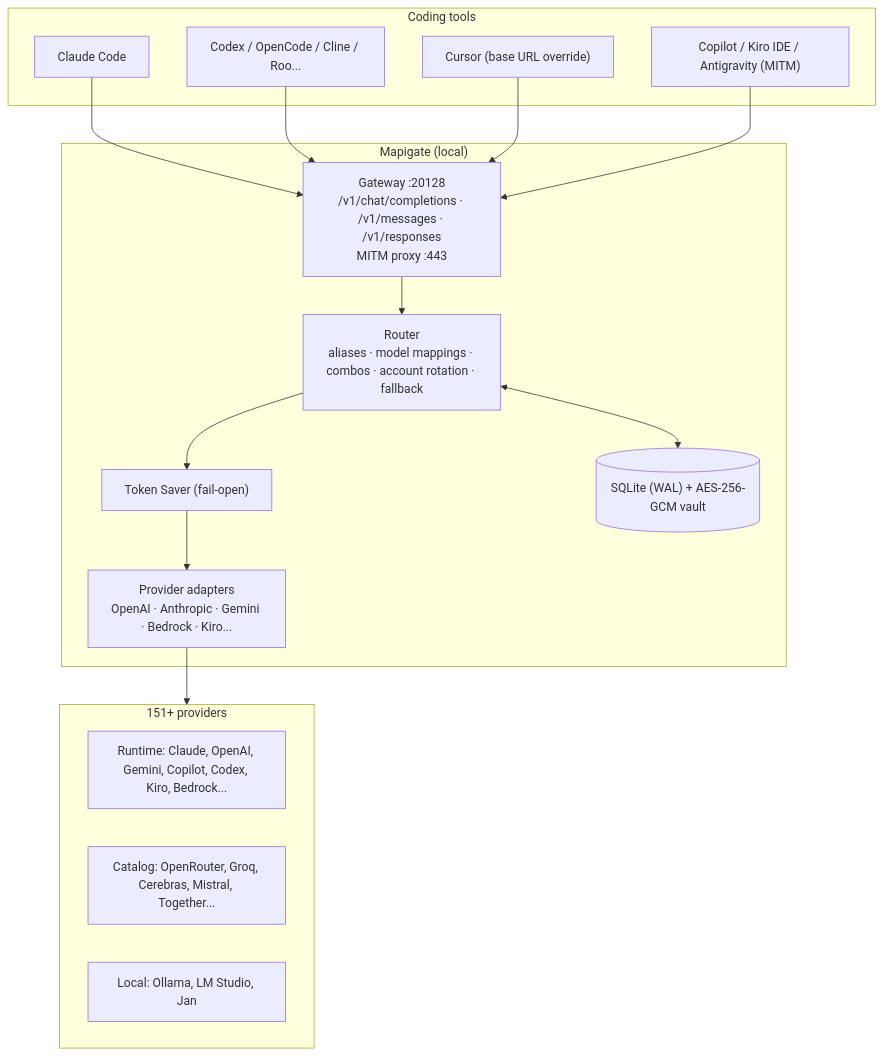
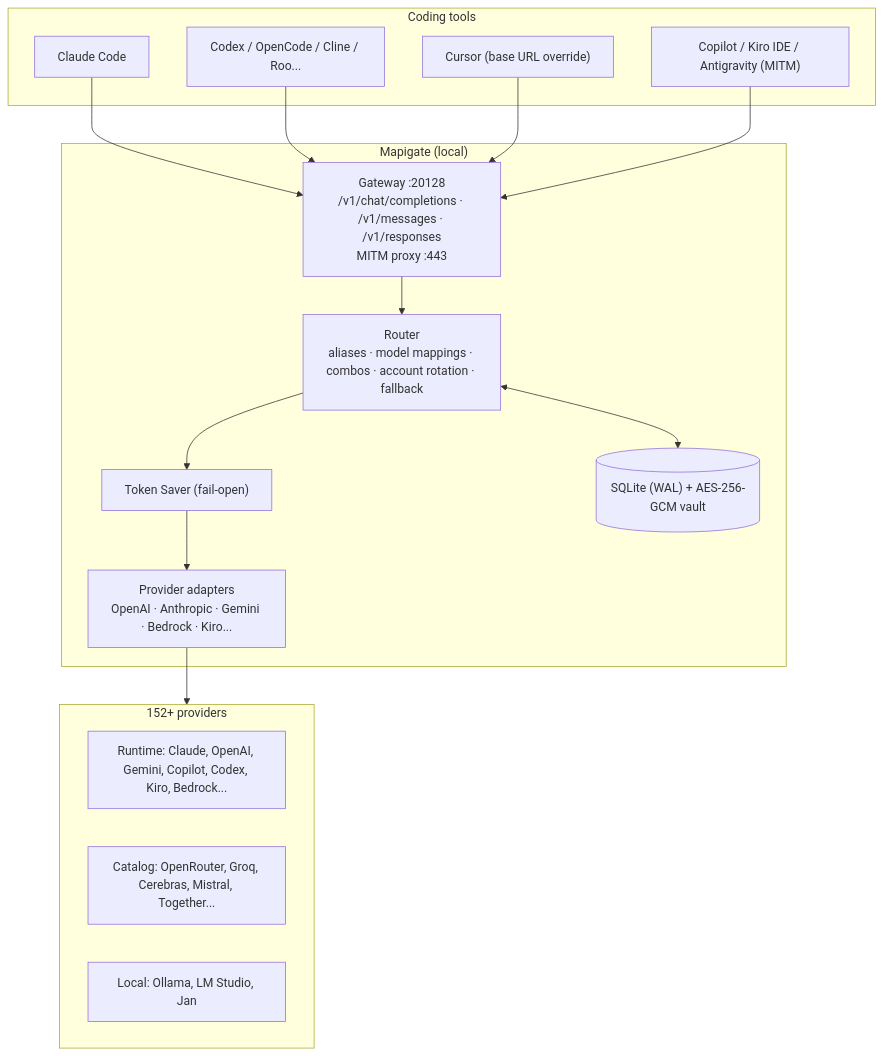
The first of 4 diagrams in README.md (joutvhu/mapigate), drawn with Mermaid before and after one commit. The commit also changed other lines of this file and 1 other file, not shown here.

````diff
--- a/README.md
+++ b/README.md
@@ -49,28 +49,28 @@
 ```mermaid
 graph TD
     subgraph CLIENTS["Coding tools"]
         C1["Claude Code"]
         C2["Codex / OpenCode / Cline / Roo..."]
         C3["Cursor (base URL override)"]
         C4["Copilot / Kiro IDE / Antigravity (MITM)"]
     end
 
     subgraph MAPIGATE["Mapigate (local)"]
         INGEST["Gateway :20128<br/>/v1/chat/completions · /v1/messages · /v1/responses<br/>MITM proxy :443"]
         ROUTER["Router<br/>aliases · model mappings · combos · account rotation · fallback"]
         SAVER["Token Saver (fail-open)"]
         ADAPTER["Provider adapters<br/>OpenAI · Anthropic · Gemini · Bedrock · Kiro..."]
         VAULT[("SQLite (WAL) + AES-256-GCM vault")]
     end
 
-    subgraph UPSTREAM["151+ providers"]
+    subgraph UPSTREAM["152+ providers"]
         P1["Runtime: Claude, OpenAI, Gemini, Copilot, Codex, Kiro, Bedrock..."]
         P2["Catalog: OpenRouter, Groq, Cerebras, Mistral, Together..."]
         P3["Local: Ollama, LM Studio, Jan"]
     end
 
     C1 & C2 & C3 --> INGEST
     C4 --> INGEST
     INGEST --> ROUTER --> SAVER --> ADAPTER --> UPSTREAM
     ROUTER <--> VAULT
 ```
````
